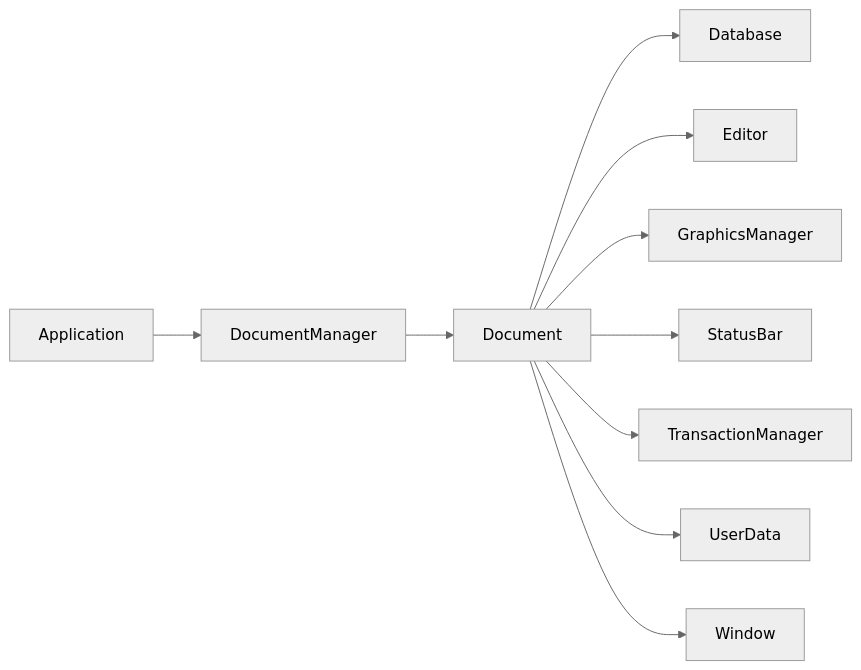
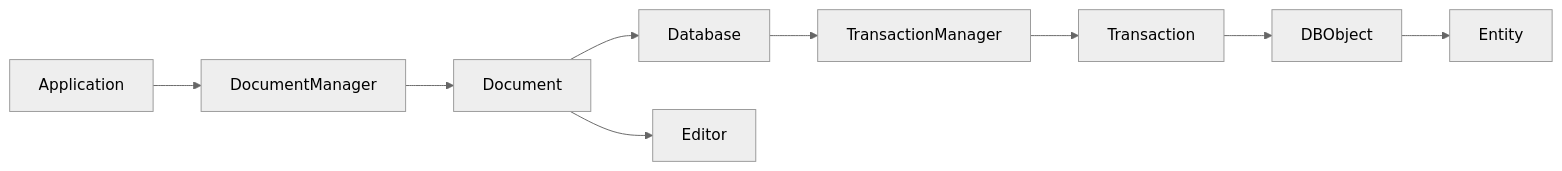
The second of 2 diagrams in docs/关于IFoxCAD的架构说明.md (FsDiG/Fs.Fox.CAD), drawn with Mermaid (neutral theme) before and after one commit. The commit also changed other lines of this file and 14 other files, not shown here.

````diff
--- a/docs/关于IFoxCAD的架构说明.md
+++ b/docs/关于IFoxCAD的架构说明.md
@@ -23,11 +37,11 @@
 ```mermaid
-graph LR;
-Application-->DocumentManager-->b[Document]
-b-->Database
-b-->Editor
-b-->GraphicsManager
-b-->StatusBar
-b-->TransactionManager
-b-->UserData
-b-->Window
+flowchart LR
+    Application --> DocumentManager
+    DocumentManager --> Document
+    Document --> Database
+    Document --> Editor
+    Database --> TransactionManager
+    TransactionManager --> Transaction
+    Transaction --> DBObject
+    DBObject --> Entity
 ```
````
